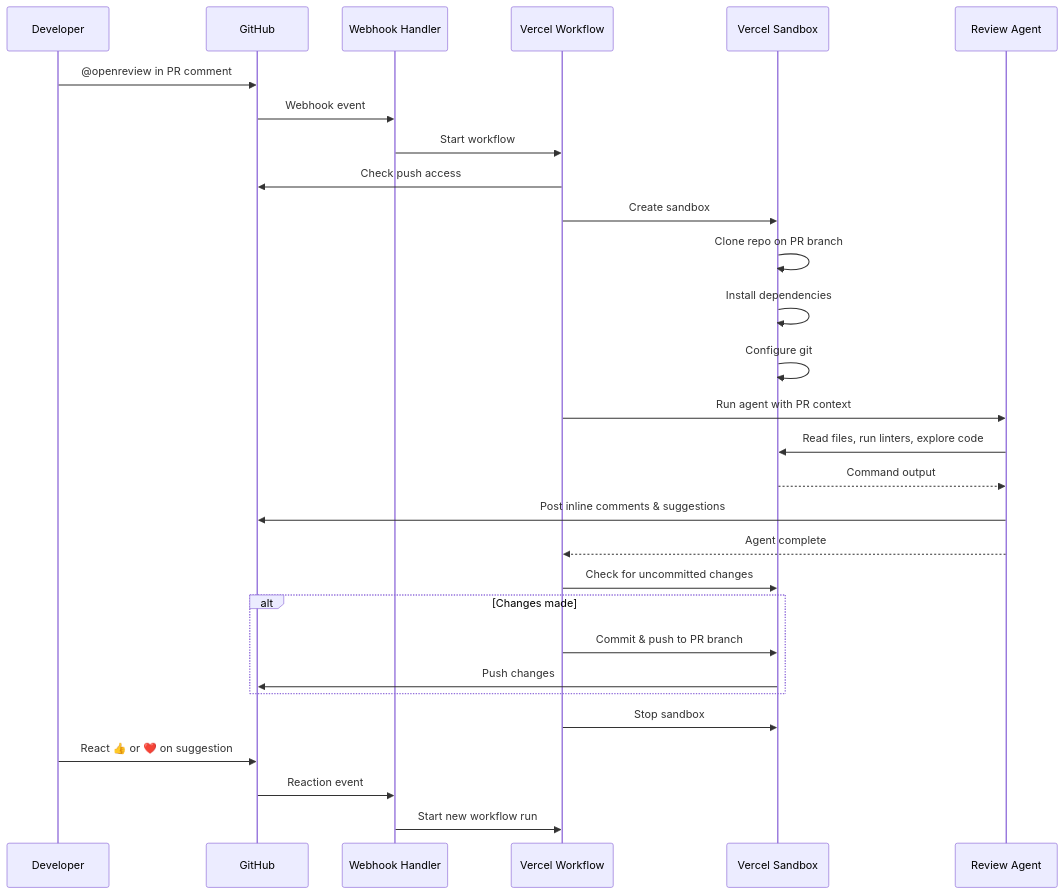
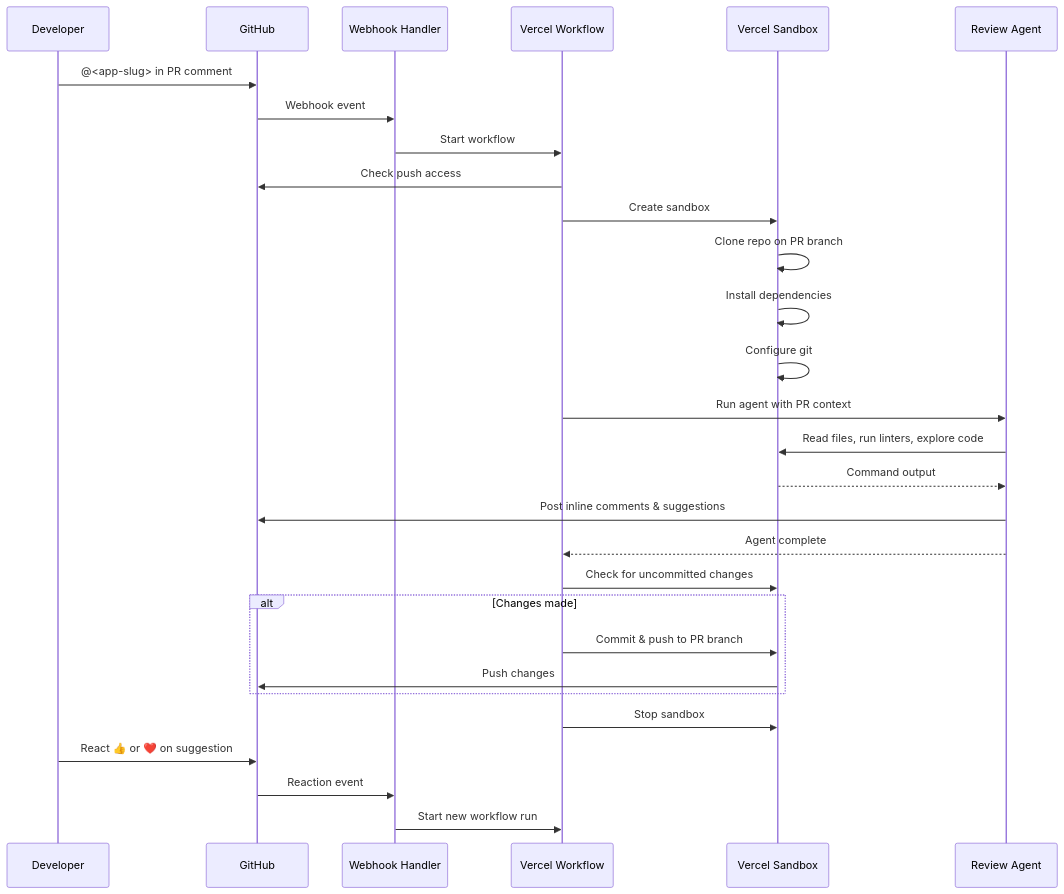
The diagram in README.md (Rajeev-SG/openreview), drawn with Mermaid before and after one commit. The commit also changed other lines of this file, not shown here.

````diff
--- a/README.md
+++ b/README.md
@@ -24,36 +24,36 @@
 ```mermaid
 sequenceDiagram
     participant U as Developer
     participant GH as GitHub
     participant WH as Webhook Handler
     participant WF as Vercel Workflow
     participant SB as Vercel Sandbox
     participant AI as Review Agent
 
-    U->>GH: @openreview in PR comment
+    U->>GH: @<app-slug> in PR comment
     GH->>WH: Webhook event
     WH->>WF: Start workflow
 
     WF->>GH: Check push access
     WF->>SB: Create sandbox
     SB->>SB: Clone repo on PR branch
     SB->>SB: Install dependencies
     SB->>SB: Configure git
 
     WF->>AI: Run agent with PR context
     AI->>SB: Read files, run linters, explore code
     SB-->>AI: Command output
     AI->>GH: Post inline comments & suggestions
     AI-->>WF: Agent complete
 
     WF->>SB: Check for uncommitted changes
     alt Changes made
         WF->>SB: Commit & push to PR branch
         SB->>GH: Push changes
     end
     WF->>SB: Stop sandbox
 
     U->>GH: React 👍 or ❤️ on suggestion
     GH->>WH: Reaction event
     WH->>WF: Start new workflow run
 ```
````
